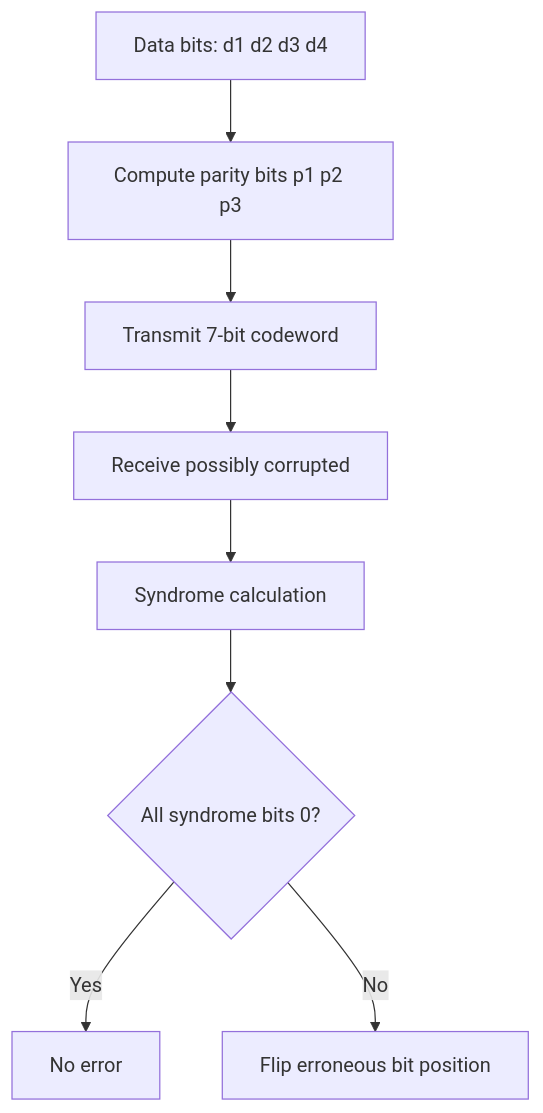
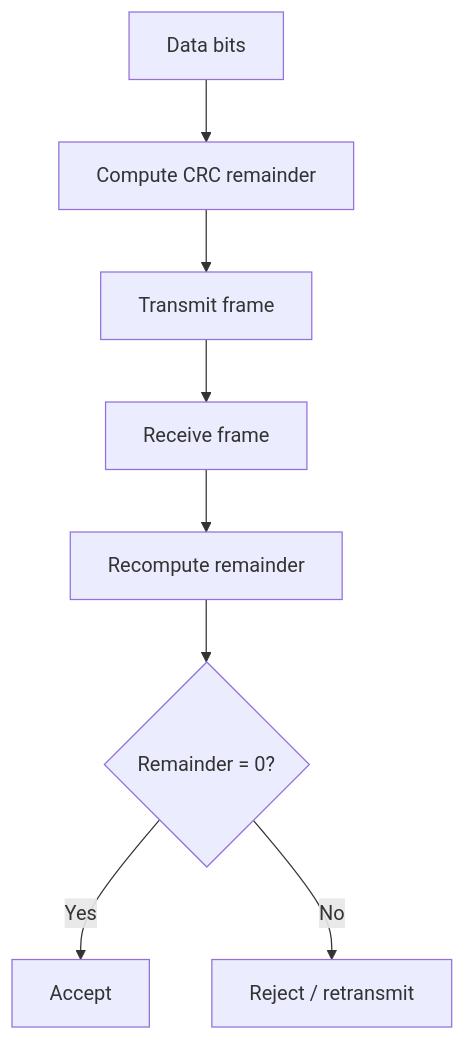
The third of 10 diagrams in Computer Network/Ch 04 - Data Link Layer.md (manishkumar8312/CS-Fundamentals), drawn with Mermaid before and after one commit. The commit also changed other lines of this file, not shown here.

Commit message:
data link layer

````diff
--- a/Computer Network/Ch 04 - Data Link Layer.md
+++ b/Computer Network/Ch 04 - Data Link Layer.md
@@ -84,10 +88,10 @@
 ```mermaid
 flowchart TD
-    D[Data bits: d1 d2 d3 d4] --> P[Compute parity bits p1 p2 p3]
-    P --> T[Transmit 7-bit codeword]
-    T --> R[Receive possibly corrupted]
-    R --> S[Syndrome calculation]
-    S --> C{All syndrome bits 0?}
-    C -- Yes --> OK[No error]
-    C -- No --> F[Flip erroneous bit position]
+    D[Data bits] --> CRC[Compute CRC remainder]
+    CRC --> Tx[Transmit frame]
+    Tx --> Rx[Receive frame]
+    Rx --> Recompute[Recompute remainder]
+    Recompute --> Check{Remainder = 0?}
+    Check -- Yes --> Accept[Accept]
+    Check -- No --> Reject[Reject / retransmit]
 ```
````
